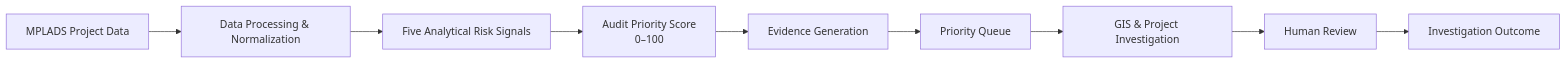
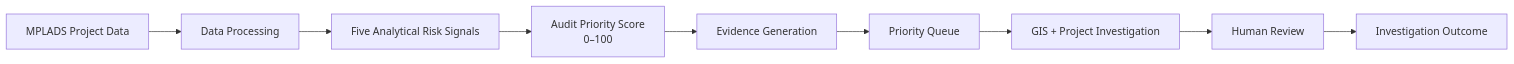
The first of 35 diagrams in README.md (the-nidhi-bhat/mplads-sentinel), drawn with Mermaid before and after one commit. The commit also changed other lines of this file, not shown here.

````diff
--- a/README.md
+++ b/README.md
@@ -52,20 +38,20 @@
 ```mermaid
 flowchart LR
 
     A["MPLADS Project Data"]
-    --> B["Data Processing & Normalization"]
+    --> B["Data Processing"]
 
     B --> C["Five Analytical Risk Signals"]
 
     C --> D["Audit Priority Score<br/>0–100"]
 
     D --> E["Evidence Generation"]
 
     E --> F["Priority Queue"]
 
-    F --> G["GIS & Project Investigation"]
+    F --> G["GIS + Project Investigation"]
 
     G --> H["Human Review"]
 
     H --> I["Investigation Outcome"]
 ```
````
